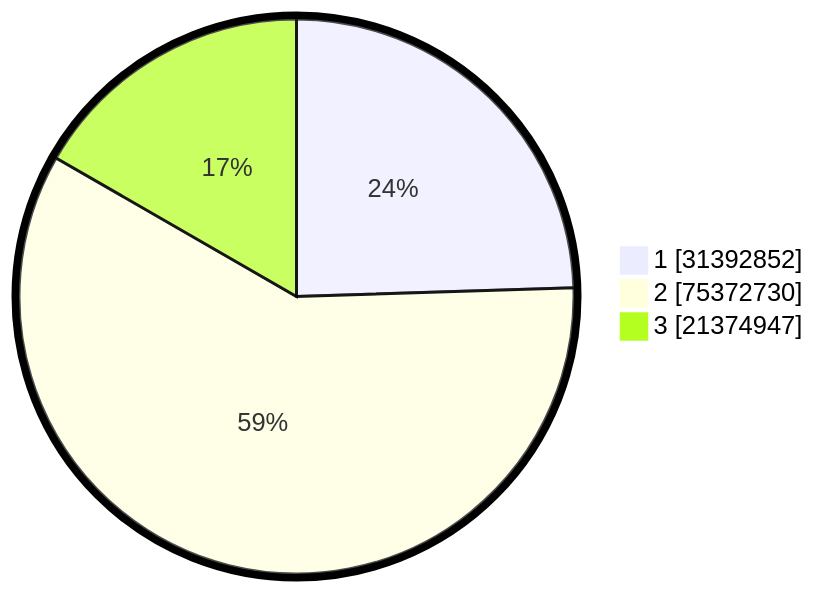
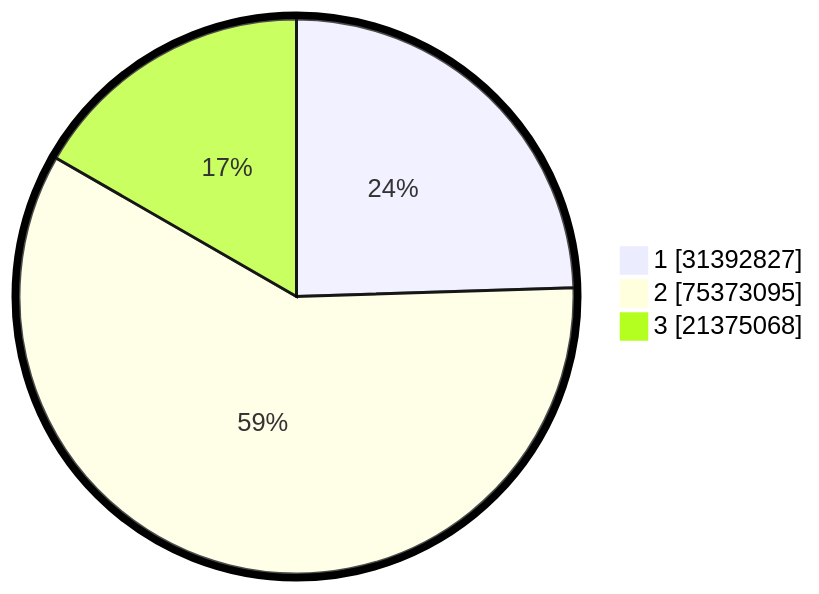
One commit to gigit-pemilu/pemilu-2024 changed the second of 2 diagrams in pilpres/hitung-suara/README.md. Above: the diagram before and after it, drawn with Mermaid. The commit also changed other lines of this file and 5 other files, not shown here.

````diff
--- a/pilpres/hitung-suara/README.md
+++ b/pilpres/hitung-suara/README.md
@@ -93,7 +93,7 @@
 ```mermaid
 %%{init: {"pie": {"textPosition": 0.5}, "themeVariables": {"pieOuterStrokeWidth": "5px"}} }%%
 pie showData
-    "1" : 31392852
-    "2" : 75372730
-    "3" : 21374947
+    "1" : 31392827
+    "2" : 75373095
+    "3" : 21375068
 ```
````
